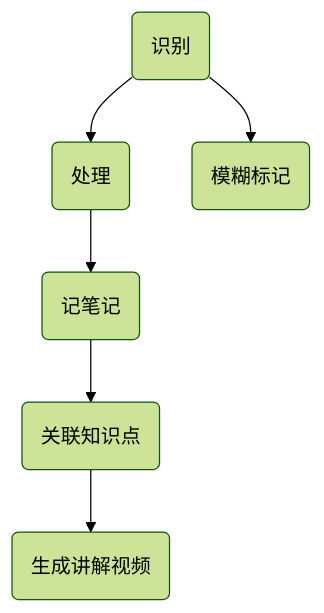
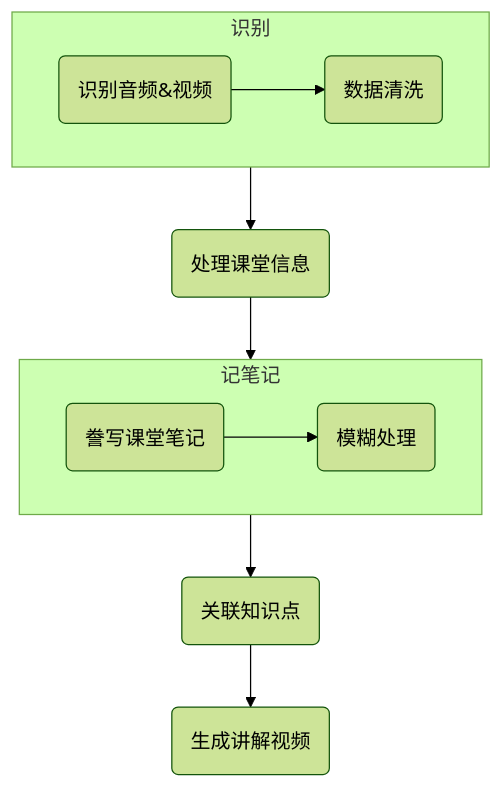
The diagram in AIGC/AIGC竞赛2.0.md (Charlie929-dot/charlie_vault), drawn with Mermaid (forest theme) before and after one commit.

Commit message:
vault backup: 2026-04-06 21:38:04

````diff
--- a/AIGC/AIGC竞赛2.0.md
+++ b/AIGC/AIGC竞赛2.0.md
@@ -12,5 +12,14 @@
 ```mermaid
 flowchart TD
-	A-->B("处理")-->C("记笔记")-->D("关联知识点")-->E("生成讲解视频")
-	A("识别")-->A1("模糊标记")
+	subgraph A["识别"]
+	direction LR
+	A1("识别音频&视频")-->A2("数据清洗")
+	end
+	subgraph C["记笔记"]
+	direction LR
+	C1("誊写课堂笔记")-->C2("模糊处理")
+	end
+	A-->B("处理课堂信息")-->C-->D("关联知识点")-->E("生成讲解视频")
+	
+	
 ```
````
